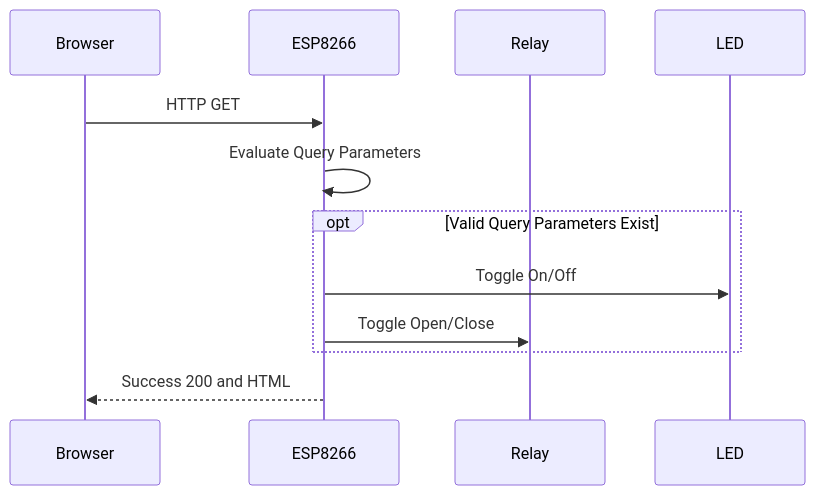
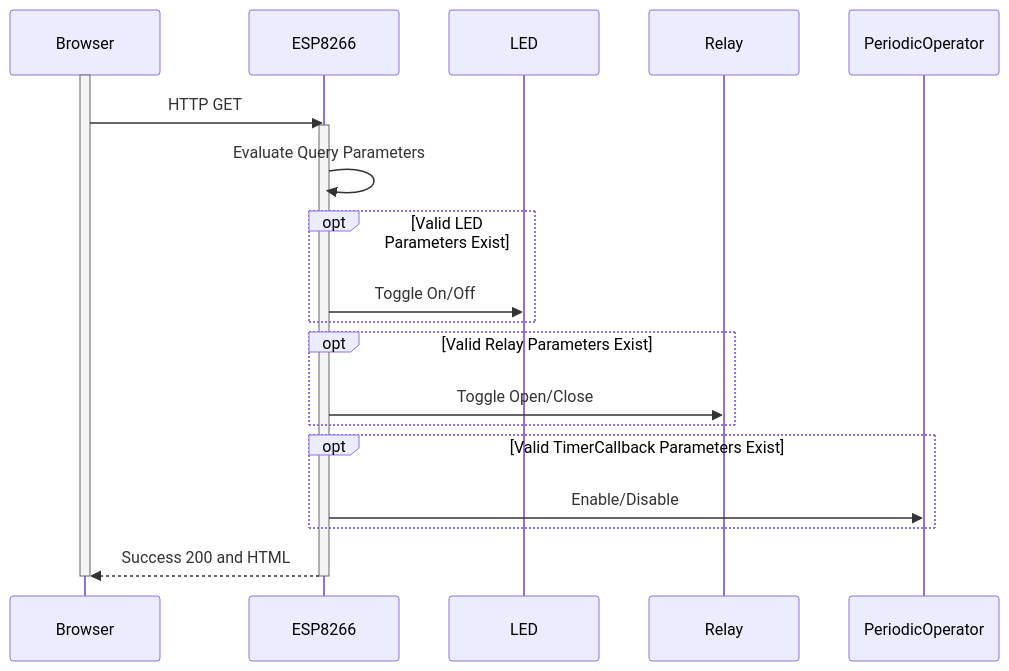
Before and after one commit to freemansoft/ESP8266-MicroPython: the fourth of 5 diagrams in README.md, drawn with Mermaid. The commit also changed other lines of this file and 6 other files, not shown here.

Commit message:
Add PeriodicOperator timed function invocation from web server

````diff
--- a/README.md
+++ b/README.md
@@ -164,16 +178,26 @@
 ```mermaid
 sequenceDiagram
     participant Browser
     participant ESP8266
+    participant LED
     participant Relay
-    participant LED
+    participant PeriodicOperator
 
+    activate Browser
     Browser->>ESP8266: HTTP GET
+    activate ESP8266
     ESP8266->>ESP8266: Evaluate Query Parameters
-    opt Valid Query Parameters Exist
+    opt Valid LED Parameters Exist
         ESP8266->>LED: Toggle On/Off
+    end
+    opt Valid Relay Parameters Exist
         ESP8266->>Relay: Toggle Open/Close
     end
+    opt Valid TimerCallback Parameters Exist
+        ESP8266->>PeriodicOperator: Enable/Disable
+    end
     ESP8266-->>Browser: Success 200 and HTML
+    deactivate ESP8266
+    deactivate Browser
 
 ```
````
